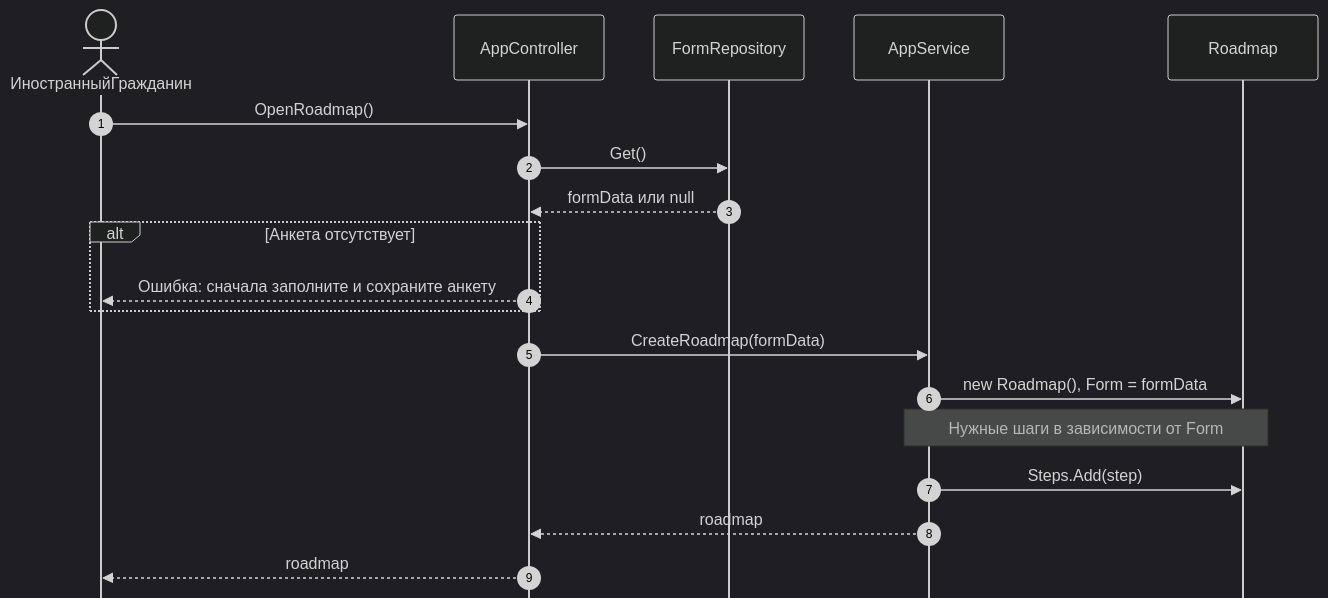
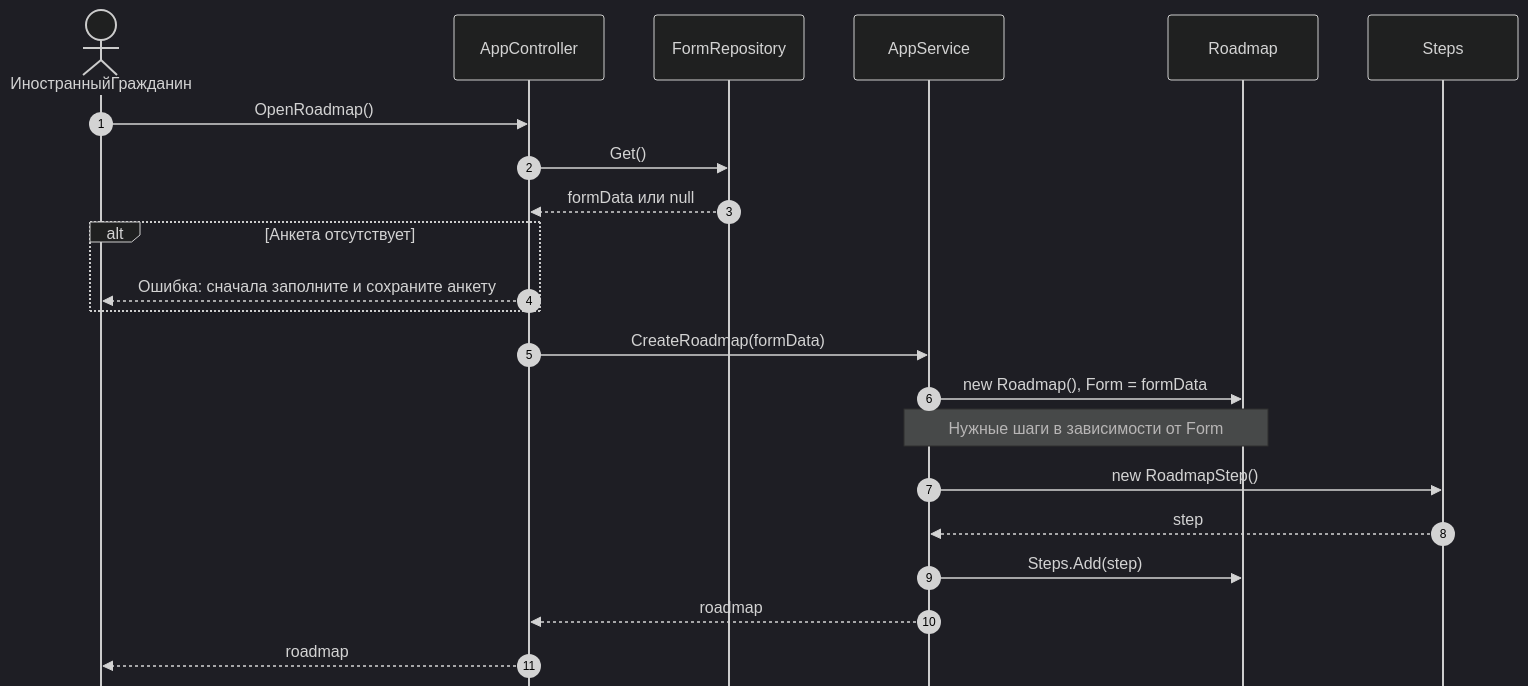
The second of 2 diagrams in _docs/lab4.md (Edmorton1/peace), drawn with Mermaid (dark theme) before and after one commit.

Commit message:
steps as class

````diff
--- a/_docs/lab4.md
+++ b/_docs/lab4.md
@@ -30,24 +30,27 @@
 ```mermaid
 %%{init: {'sequence': {'mirrorActors': false}}}%%
 sequenceDiagram
     autonumber
     actor ИностранныйГражданин
     participant AppController
     participant FormRepository
     participant AppService
     participant Roadmap
+    participant Steps
     ИностранныйГражданин->>AppController: OpenRoadmap()
     AppController->>FormRepository: Get()
     FormRepository-->>AppController: formData или null
 
     alt Анкета отсутствует
         AppController-->>ИностранныйГражданин: Ошибка: сначала заполните и сохраните анкету
     end
 
     AppController->>AppService: CreateRoadmap(formData)
     AppService->>Roadmap: new Roadmap(), Form = formData
     Note over AppService,Roadmap: Нужные шаги в зависимости от Form
+    AppService->>Steps: new RoadmapStep()
+    Steps-->>AppService: step
     AppService->>Roadmap: Steps.Add(step)
     AppService-->>AppController: roadmap
     AppController-->>ИностранныйГражданин: roadmap
 ```
````
